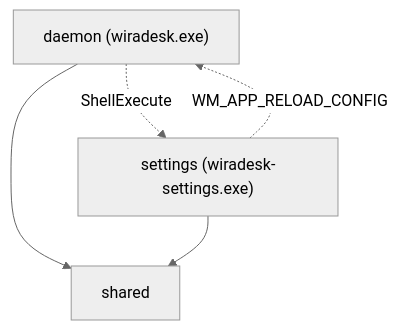
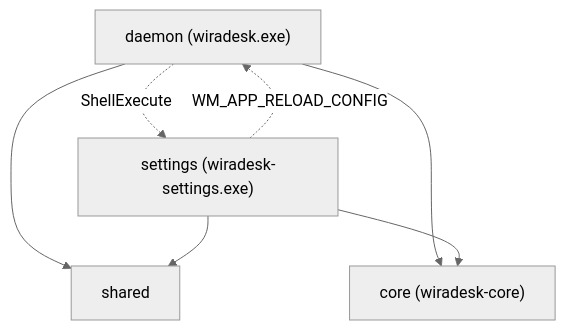
One commit to wiradeltaid/wira-desk changed the first of 3 diagrams in .how/_platform/ARCHITECTURE-SPINE.md. Above: the diagram before and after it, drawn with Mermaid (neutral theme). The commit also changed other lines of this file and 17 other files, not shown here.

````diff
--- a/.how/_platform/ARCHITECTURE-SPINE.md
+++ b/.how/_platform/ARCHITECTURE-SPINE.md
@@ -145,7 +150,9 @@
 ```mermaid
 graph TD
     A["daemon (wiradesk.exe)"] --> C["shared"]
+    A --> D["core (wiradesk-core)"]
     B["settings (wiradesk-settings.exe)"] --> C["shared"]
+    B --> D["core (wiradesk-core)"]
     A -. "ShellExecute" .-> B
     B -. "WM_APP_RELOAD_CONFIG" .-> A
 ```
````
